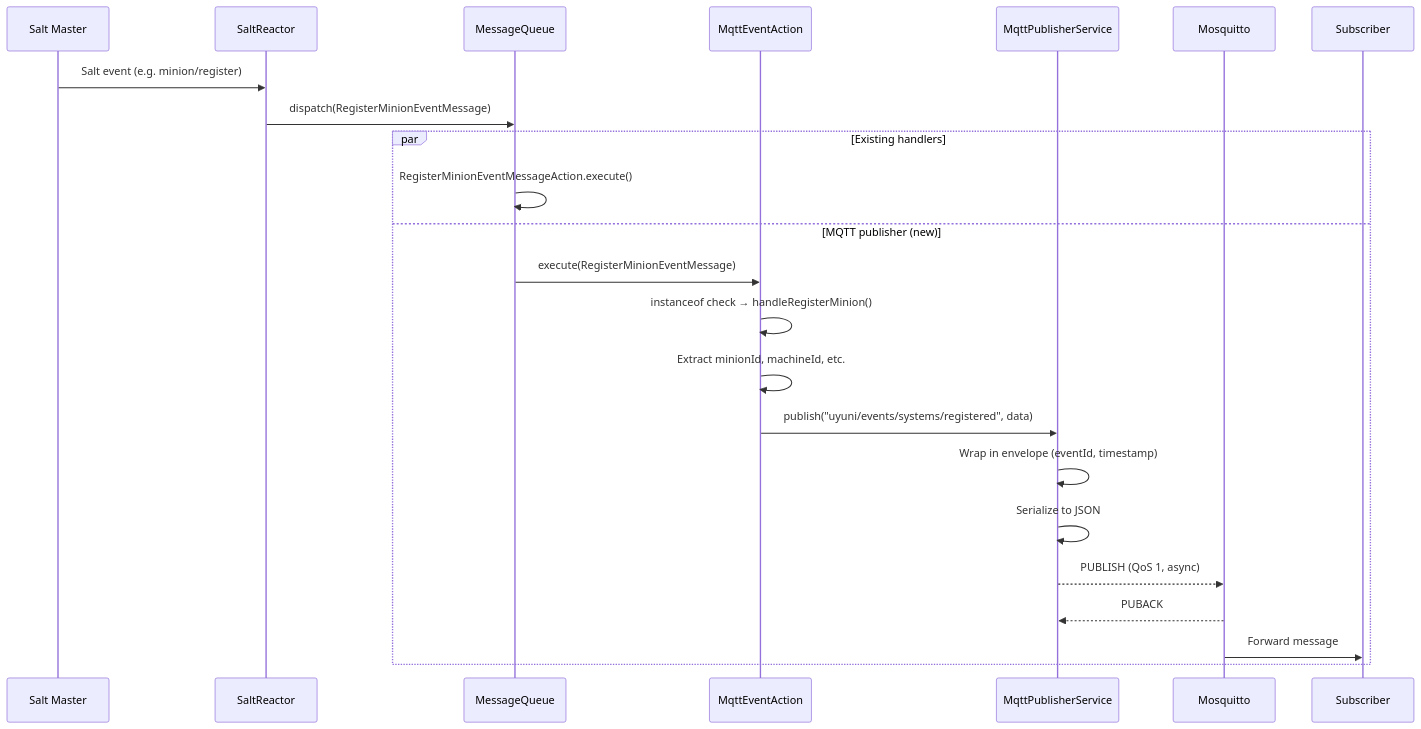
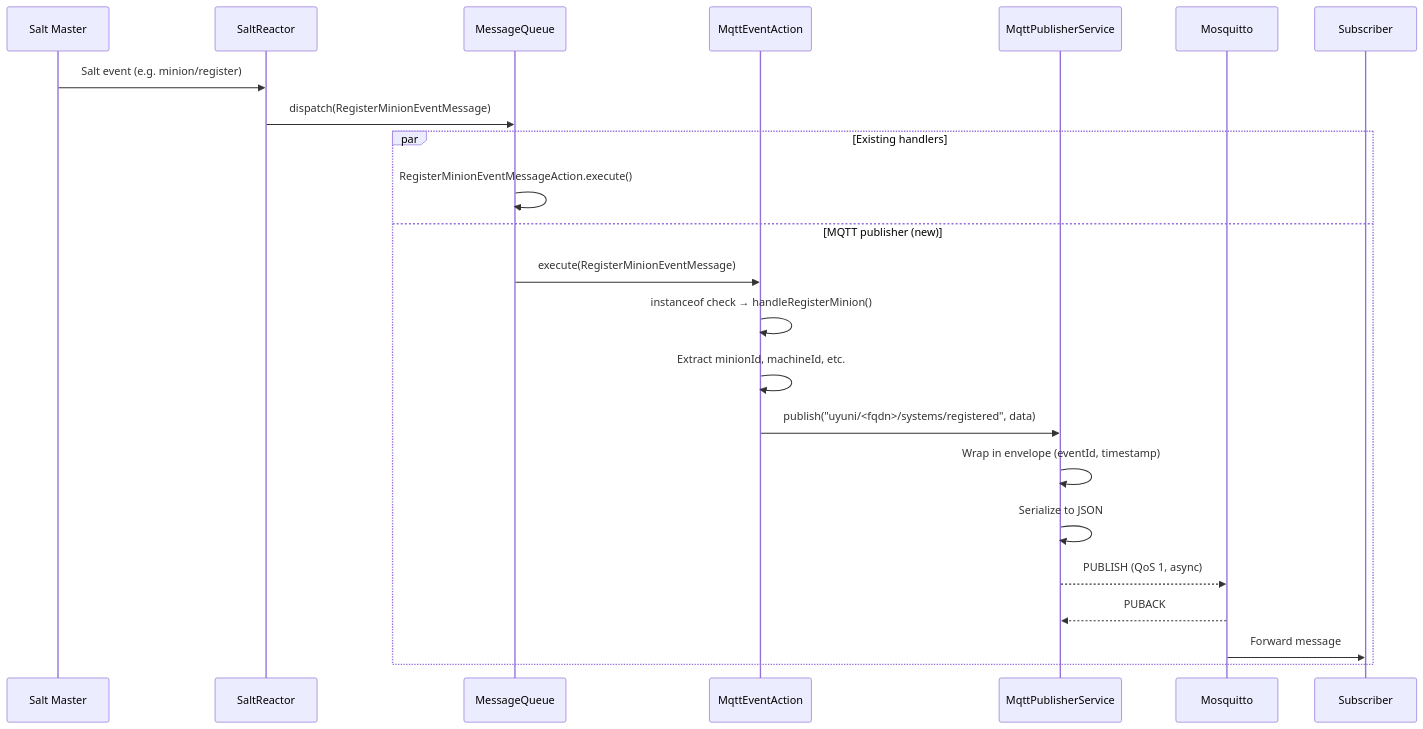
One commit to uyuni-project/uyuni-rfc changed the fourth of 10 diagrams in accepted/00000-mqtt-event-publisher.md. Above: the diagram before and after it, drawn with Mermaid. The commit also changed other lines of this file, not shown here.

First line of the commit message:
rfc: update topic naming to use server FQDN

````diff
--- a/accepted/00000-mqtt-event-publisher.md
+++ b/accepted/00000-mqtt-event-publisher.md
@@ -127,27 +128,27 @@
 ```mermaid
 sequenceDiagram
     participant Salt as Salt Master
     participant SR as SaltReactor
     participant MQ as MessageQueue
     participant EA as MqttEventAction
     participant PS as MqttPublisherService
     participant Broker as Mosquitto
     participant Sub as Subscriber
 
     Salt->>SR: Salt event (e.g. minion/register)
     SR->>MQ: dispatch(RegisterMinionEventMessage)
 
     par Existing handlers
         MQ->>MQ: RegisterMinionEventMessageAction.execute()
     and MQTT publisher (new)
         MQ->>EA: execute(RegisterMinionEventMessage)
         EA->>EA: instanceof check → handleRegisterMinion()
         EA->>EA: Extract minionId, machineId, etc.
-        EA->>PS: publish("uyuni/events/systems/registered", data)
+        EA->>PS: publish("uyuni/<fqdn>/systems/registered", data)
         PS->>PS: Wrap in envelope (eventId, timestamp)
         PS->>PS: Serialize to JSON
         PS-->>Broker: PUBLISH (QoS 1, async)
         Broker-->>PS: PUBACK
         Broker->>Sub: Forward message
     end
 ```
````
